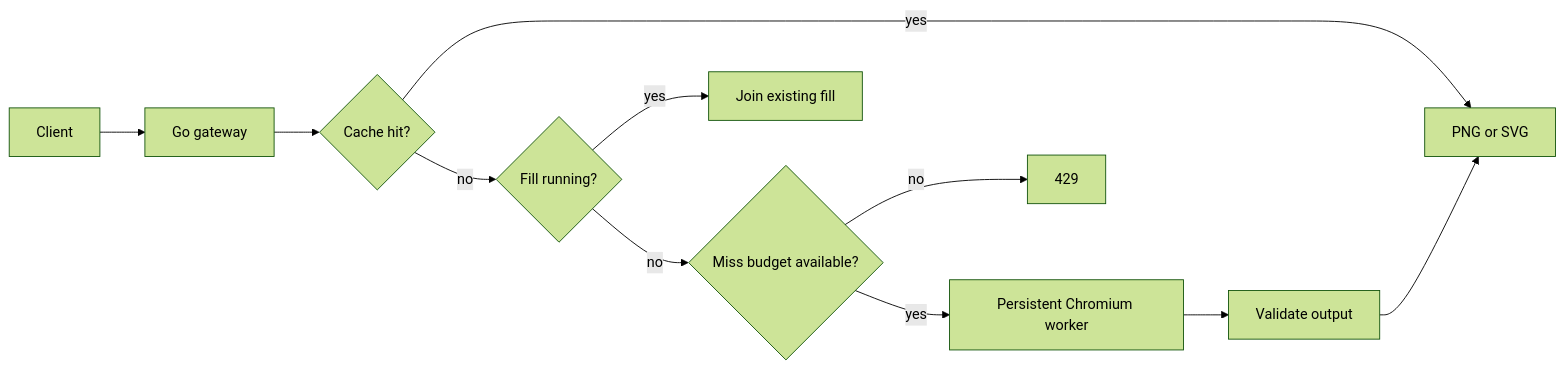
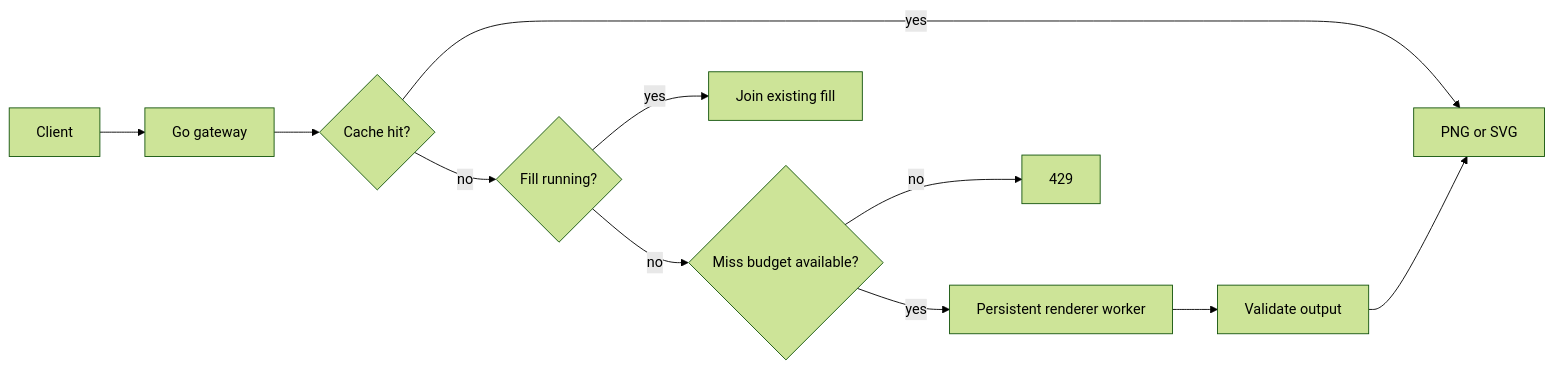
The third of 3 diagrams in README.md (BeLazy167/mermaid-mcp), drawn with Mermaid (forest theme) before and after one commit. The commit also changed other lines of this file and 15 other files, not shown here.

````diff
--- a/README.md
+++ b/README.md
@@ -101,13 +101,13 @@
 ```mermaid
 flowchart LR
     Client --> Gateway[Go gateway]
     Gateway --> Cache{Cache hit?}
     Cache -->|yes| Image[PNG or SVG]
     Cache -->|no| Join{Fill running?}
     Join -->|yes| Wait[Join existing fill]
     Join -->|no| Budget{Miss budget available?}
     Budget -->|no| Reject[429]
-    Budget -->|yes| Worker[Persistent Chromium worker]
+    Budget -->|yes| Worker[Persistent renderer worker]
     Worker --> Validate[Validate output]
     Validate --> Image
 ```
````
